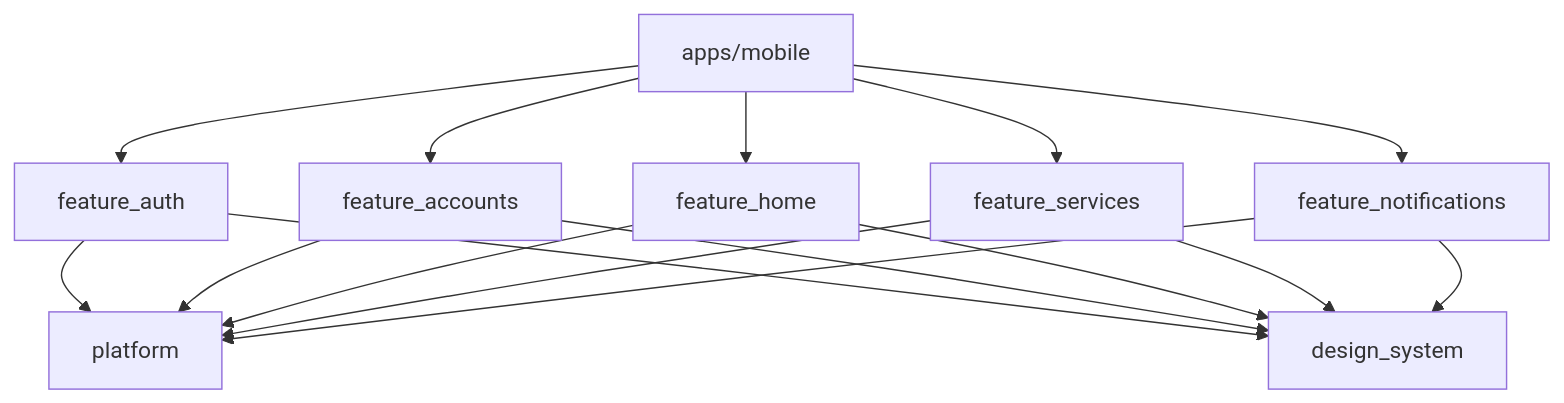
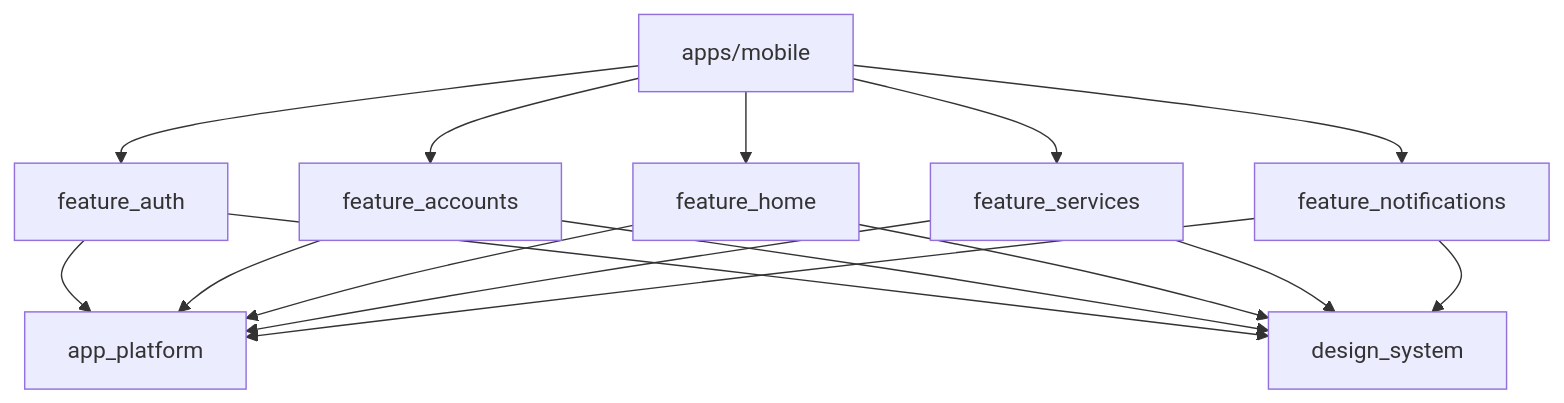
The diagram in docs/adr/0001-monorepo-workspaces-paquetes-por-dominio.md (hveitia/flutter_senior_dev_challenge_bi), drawn with Mermaid before and after one commit. The commit also changed other lines of this file and 6 other files, not shown here.

````diff
--- a/docs/adr/0001-monorepo-workspaces-paquetes-por-dominio.md
+++ b/docs/adr/0001-monorepo-workspaces-paquetes-por-dominio.md
@@ -43,18 +43,18 @@
 ```mermaid
 graph TD
   mobile[apps/mobile] --> auth[feature_auth]
   mobile --> accounts[feature_accounts]
   mobile --> home[feature_home]
   mobile --> services[feature_services]
   mobile --> notifications[feature_notifications]
-  auth --> platform
+  auth --> platform[app_platform]
   accounts --> platform
   home --> platform
   services --> platform
   notifications --> platform
   auth --> ds[design_system]
   accounts --> ds
   home --> ds
   services --> ds
   notifications --> ds
 ```
````
